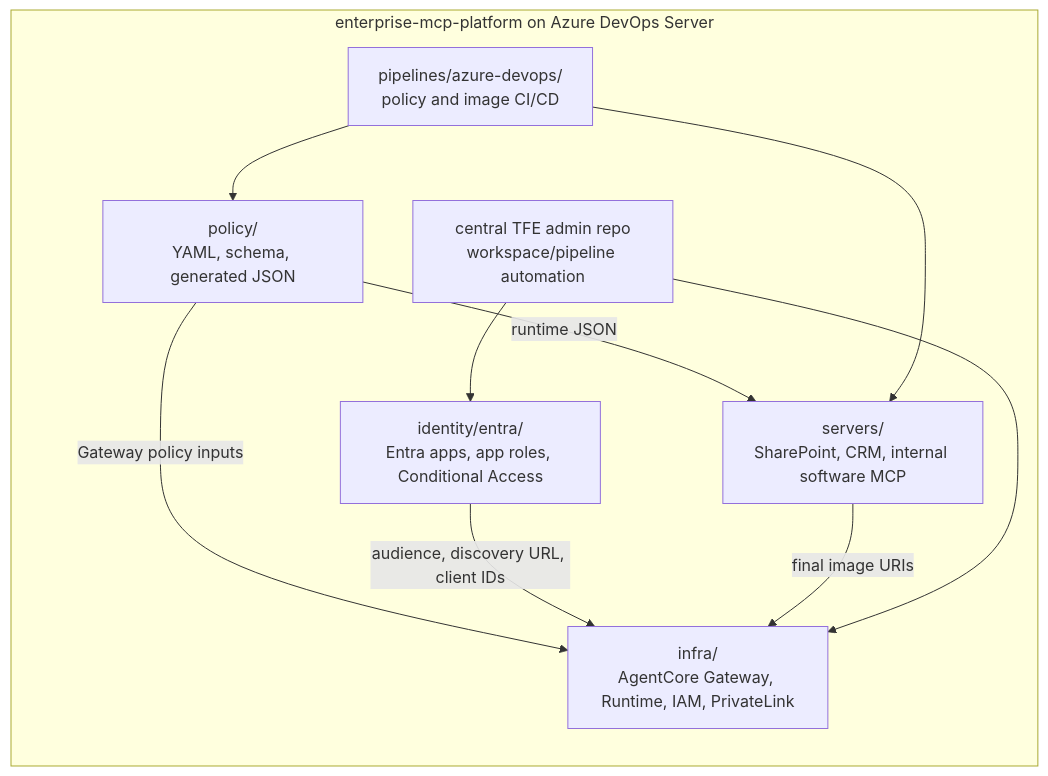
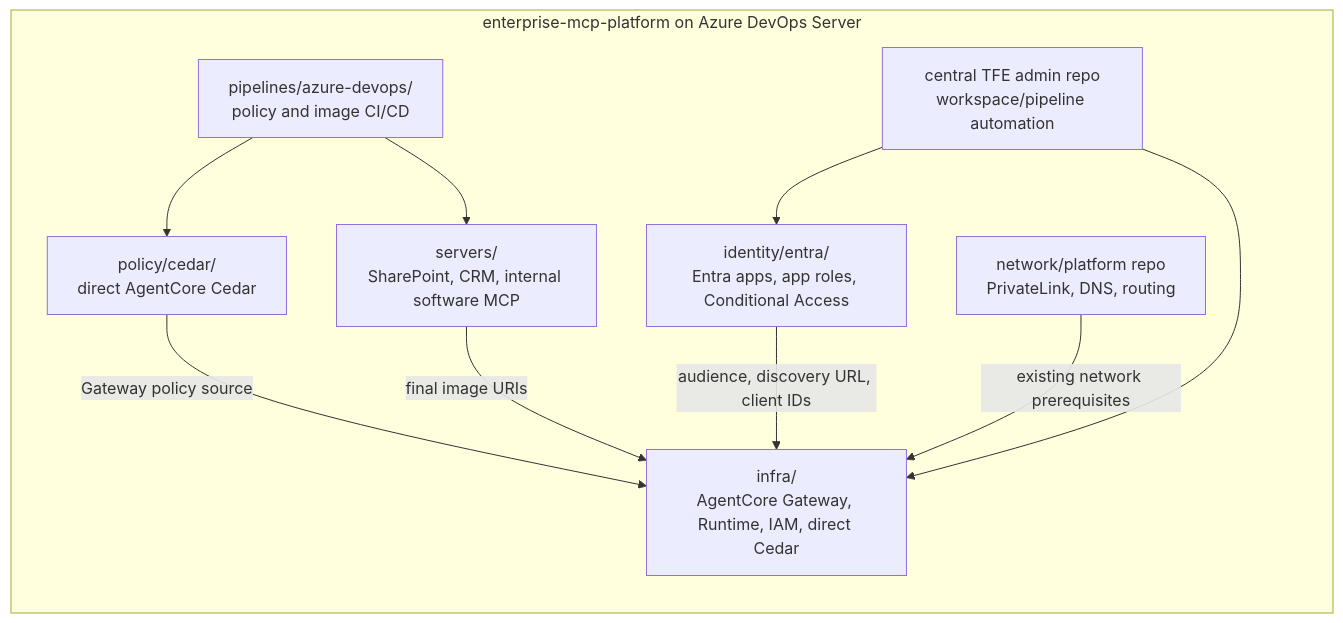
Before and after one commit to ron8520/mcp_poc: the seventh of 7 diagrams in docs/architecture/devops-workflows.md, drawn with Mermaid. The commit also changed other lines of this file and 91 other files, not shown here.

````diff
--- a/docs/architecture/devops-workflows.md
+++ b/docs/architecture/devops-workflows.md
@@ -160,20 +184,21 @@
 ```mermaid
 flowchart LR
     subgraph Repo["enterprise-mcp-platform on Azure DevOps Server"]
-        Policy["policy/\nYAML, schema, generated JSON"]
+        Policy["policy/cedar/\ndirect AgentCore Cedar"]
         Servers["servers/\nSharePoint, CRM, internal software MCP"]
         Identity["identity/entra/\nEntra apps, app roles, Conditional Access"]
-        Infra["infra/\nAgentCore Gateway, Runtime, IAM, PrivateLink"]
+        Infra["infra/\nAgentCore Gateway, Runtime, IAM, direct Cedar"]
         Pipelines["pipelines/azure-devops/\npolicy and image CI/CD"]
         TFEAdmin["central TFE admin repo\nworkspace/pipeline automation"]
+        Network["network/platform repo\nPrivateLink, DNS, routing"]
     end
 
-    Policy -->|"runtime JSON"| Servers
-    Policy -->|"Gateway policy inputs"| Infra
+    Policy -->|"Gateway policy source"| Infra
     Identity -->|"audience, discovery URL, client IDs"| Infra
     Servers -->|"final image URIs"| Infra
+    Network -->|"existing network prerequisites"| Infra
     Pipelines --> Policy
     Pipelines --> Servers
     TFEAdmin --> Identity
     TFEAdmin --> Infra
 ```
````
